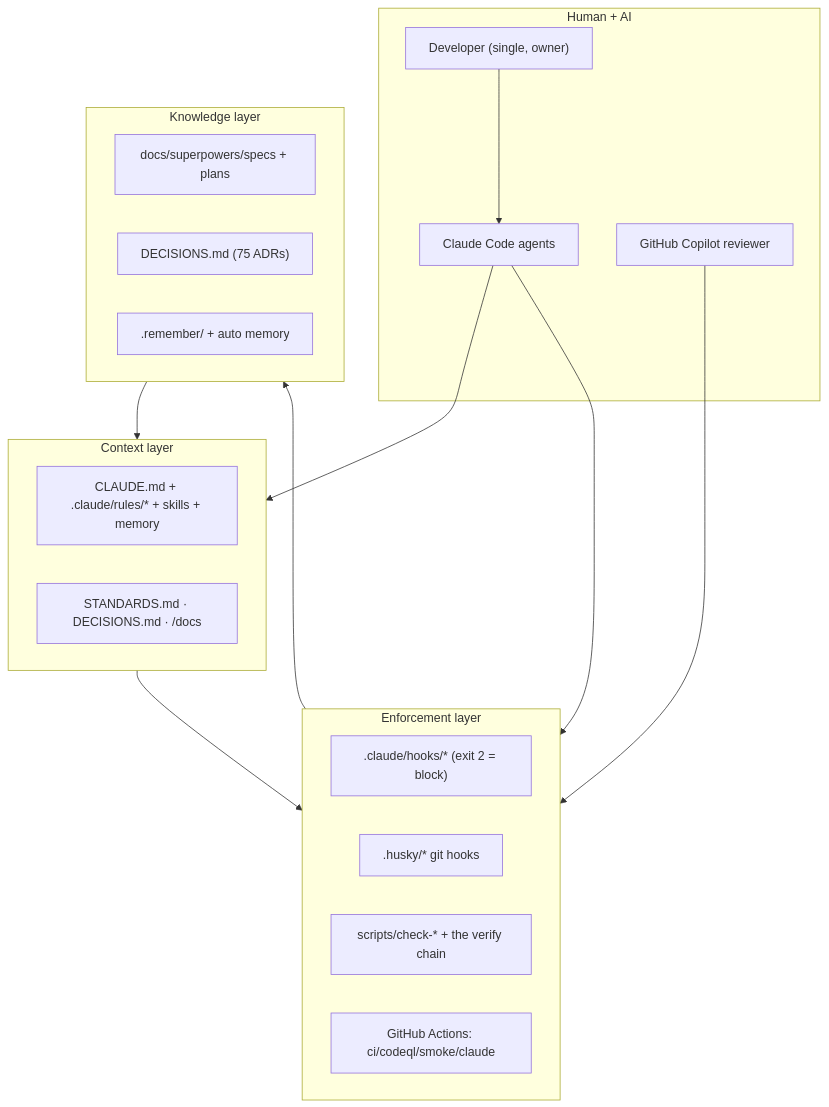
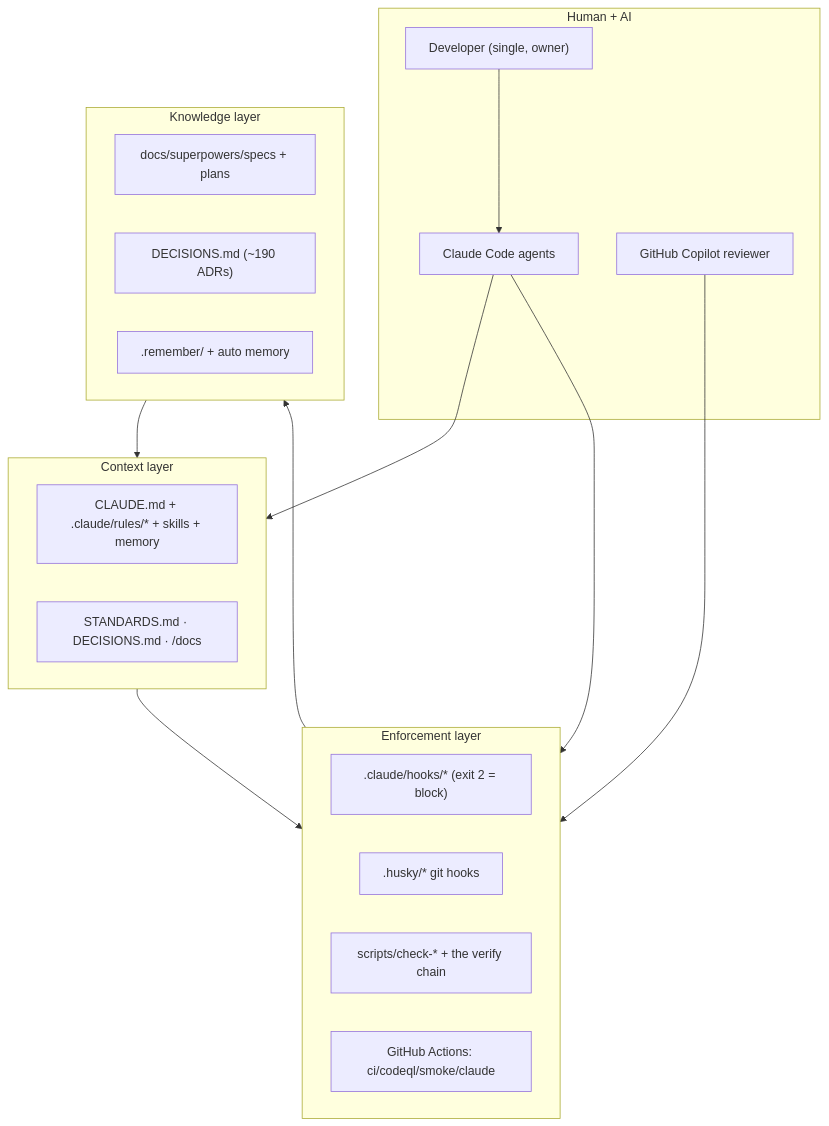
One commit to erikunha/portfolio changed the diagram in docs/handbook/README.md. Above: the diagram before and after it, drawn with Mermaid. The commit also changed other lines of this file and 3 other files, not shown here.

````diff
--- a/docs/handbook/README.md
+++ b/docs/handbook/README.md
@@ -33,30 +33,30 @@
 ```mermaid
 flowchart TB
     subgraph people["Human + AI"]
         dev["Developer (single, owner)"]
         claude["Claude Code agents"]
         copilot["GitHub Copilot reviewer"]
     end
     subgraph context["Context layer"]
         cl["CLAUDE.md + .claude/rules/* + skills + memory"]
         docs["STANDARDS.md · DECISIONS.md · /docs"]
     end
     subgraph enforce["Enforcement layer"]
         hooks[".claude/hooks/* (exit 2 = block)"]
         husky[".husky/* git hooks"]
         gates["scripts/check-* + the verify chain"]
         ci["GitHub Actions: ci/codeql/smoke/claude"]
     end
     subgraph knowledge["Knowledge layer"]
         specs["docs/superpowers/specs + plans"]
-        adr["DECISIONS.md (75 ADRs)"]
+        adr["DECISIONS.md (~190 ADRs)"]
         mem[".remember/ + auto memory"]
     end
     dev --> claude
     claude --> context
     context --> enforce
     claude --> enforce
     copilot --> enforce
     enforce --> knowledge
     knowledge --> context
 ```
````
